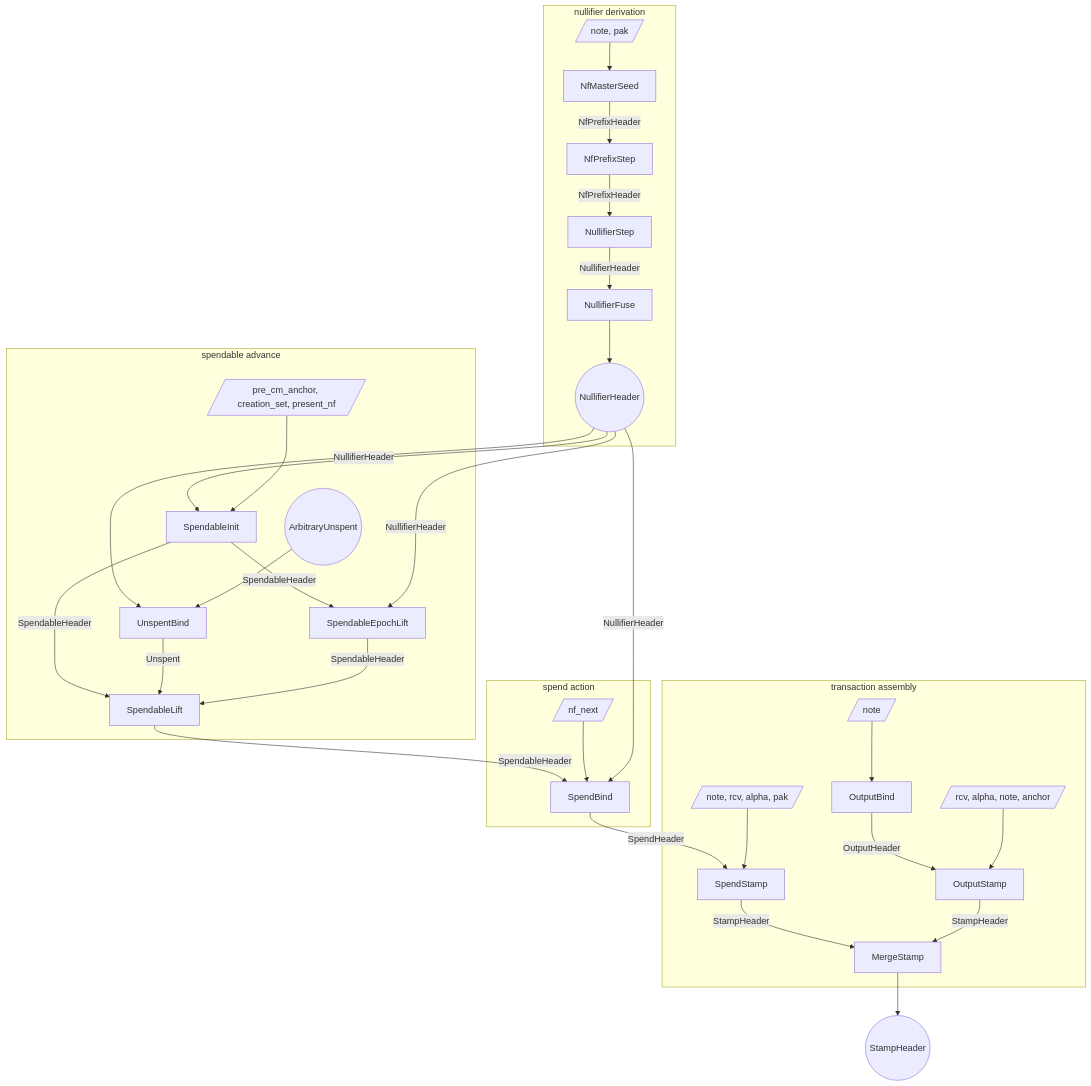
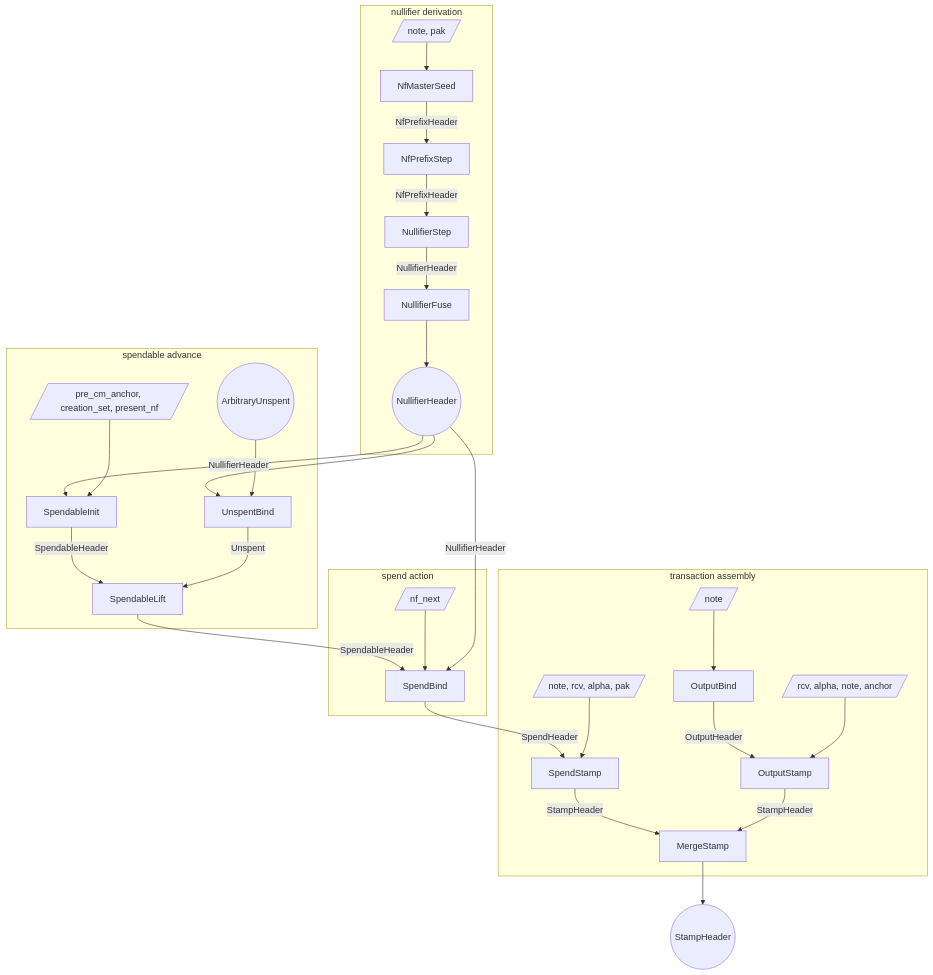
Before and after one commit to tachyon-zcash/tachyon: the first of 3 diagrams in book/src/proof-tree.md, drawn with Mermaid. The commit also changed other lines of this file, not shown here.

````diff
--- a/book/src/proof-tree.md
+++ b/book/src/proof-tree.md
@@ -235,66 +223,62 @@
 ```mermaid
 flowchart TB
   subgraph derive [nullifier derivation]
     w_seed[/note, pak/]
     s_seed[NfMasterSeed]
     s_walk[NfPrefixStep]
     s_leaf[NullifierStep]
     s_dfuse[NullifierFuse]
     nf_range((NullifierHeader))
   end
 
   subgraph spendable [spendable advance]
     w_init[/pre_cm_anchor, creation_set, present_nf/]
     s_init[SpendableInit]
     unspent_in((ArbitraryUnspent))
     s_unspentbind[UnspentBind]
     s_lift[SpendableLift]
-    s_epochlift[SpendableEpochLift]
   end
 
   subgraph spend_action [spend action]
     w_bind[/nf_next/]
     s_bind[SpendBind]
   end
 
   subgraph merge [transaction assembly]
     w_stamp[/note, rcv, alpha, pak/]
     s_spendstamp[SpendStamp]
     w_outbind[/note/]
     s_outbind[OutputBind]
     w_output[/rcv, alpha, note, anchor/]
     s_output[OutputStamp]
     s_merge[MergeStamp]
   end
 
   stamp_out((StampHeader))
 
   w_seed --> s_seed
   s_seed -->|NfPrefixHeader| s_walk
   s_walk -->|NfPrefixHeader| s_leaf
   s_leaf -->|NullifierHeader| s_dfuse
   s_dfuse --> nf_range
 
   nf_range -->|NullifierHeader| s_init
   w_init --> s_init
   nf_range --> s_unspentbind
   unspent_in --> s_unspentbind
   s_init -->|SpendableHeader| s_lift
   s_unspentbind -->|Unspent| s_lift
-  s_init -->|SpendableHeader| s_epochlift
-  nf_range -->|NullifierHeader| s_epochlift
-  s_epochlift -->|SpendableHeader| s_lift
   s_lift -->|SpendableHeader| s_bind
 
   w_bind --> s_bind
   nf_range -->|NullifierHeader| s_bind
   s_bind -->|SpendHeader| s_spendstamp
   w_stamp --> s_spendstamp
 
   w_outbind --> s_outbind
   s_outbind -->|OutputHeader| s_output
   w_output --> s_output
   s_spendstamp -->|StampHeader| s_merge
   s_output -->|StampHeader| s_merge
   s_merge --> stamp_out
 ```
````
